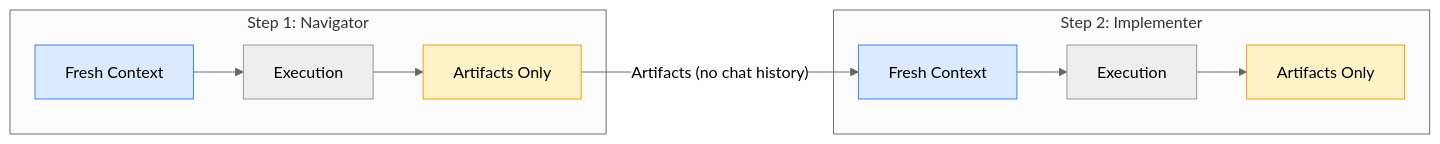
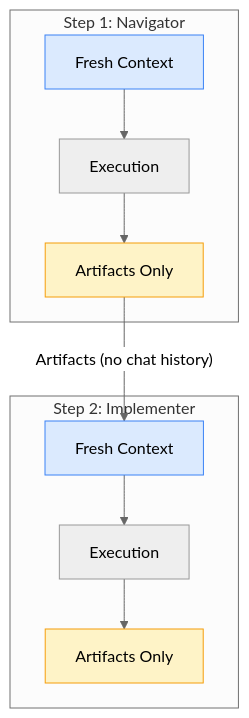
Before and after one commit to re-cinq/wave: the second of 3 diagrams in docs/concepts/personas.md, drawn with Mermaid (neutral theme). The commit also changed other lines of this file and 11 other files, not shown here.

First line of the commit message:
docs: remove fictional compliance content, fix mermaid diagrams

````diff
--- a/docs/concepts/personas.md
+++ b/docs/concepts/personas.md
@@ -213,19 +214,19 @@
 ```mermaid
-flowchart LR
+flowchart TD
     subgraph Step1["Step 1: Navigator"]
         A1[Fresh Context] --> B1[Execution]
         B1 --> C1[Artifacts Only]
     end
+
+    C1 -->|"Artifacts (no chat history)"| A2
 
     subgraph Step2["Step 2: Implementer"]
         A2[Fresh Context] --> B2[Execution]
         B2 --> C2[Artifacts Only]
     end
 
-    C1 -->|"Artifacts (no chat history)"| A2
-
     style A1 fill:#dbeafe,stroke:#3b82f6
     style A2 fill:#dbeafe,stroke:#3b82f6
     style C1 fill:#fef3c7,stroke:#f59e0b
     style C2 fill:#fef3c7,stroke:#f59e0b
 ```
````
